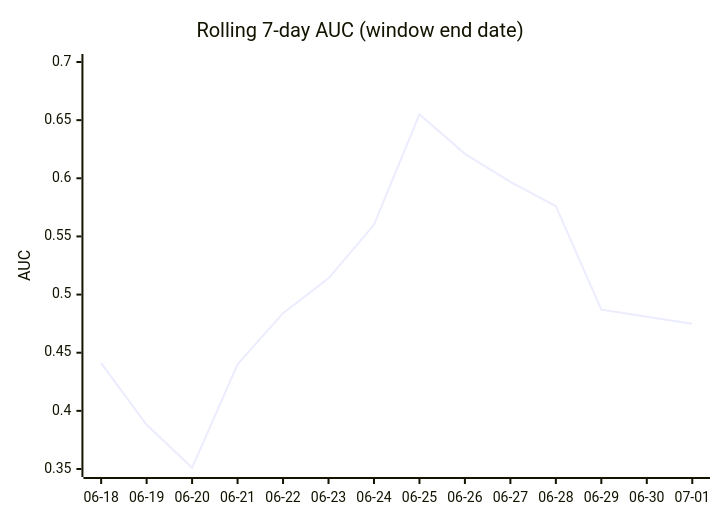
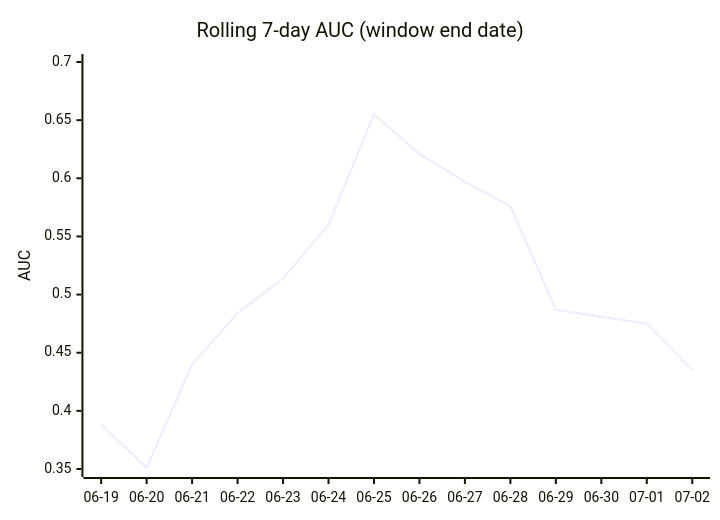
The fourth of 5 diagrams in DAILY_AGSU_REPORT.md (dpk1212/nhl-savant), drawn with Mermaid before and after one commit. The commit also changed other lines of this file, not shown here.

````diff
--- a/DAILY_AGSU_REPORT.md
+++ b/DAILY_AGSU_REPORT.md
@@ -526,7 +534,7 @@
 ```mermaid
 xychart-beta
     title "Rolling 7-day AUC (window end date)"
-    x-axis ["06-18", "06-19", "06-20", "06-21", "06-22", "06-23", "06-24", "06-25", "06-26", "06-27", "06-28", "06-29", "06-30", "07-01"]
+    x-axis ["06-19", "06-20", "06-21", "06-22", "06-23", "06-24", "06-25", "06-26", "06-27", "06-28", "06-29", "06-30", "07-01", "07-02"]
     y-axis "AUC" 0.35 --> 0.7
-    line [0.441, 0.388, 0.351, 0.44, 0.484, 0.514, 0.56, 0.655, 0.621, 0.597, 0.576, 0.487, 0.481, 0.475]
+    line [0.388, 0.351, 0.44, 0.484, 0.514, 0.56, 0.655, 0.621, 0.597, 0.576, 0.487, 0.481, 0.475, 0.435]
 ```
````
